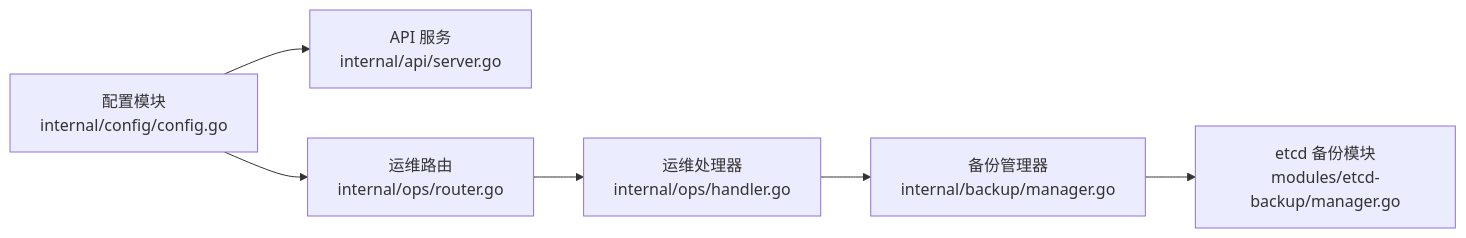
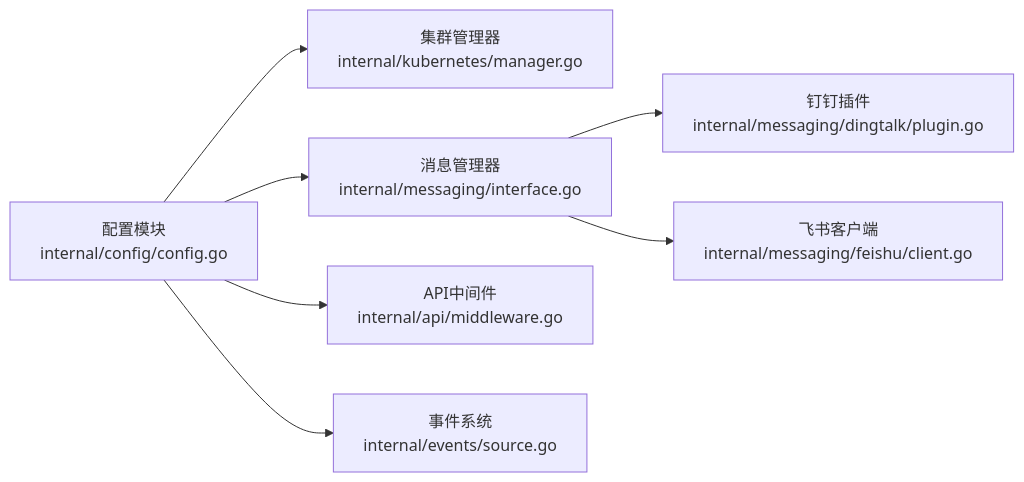
Before and after one commit to kudig-io/klaw: the fourth of 4 diagrams in .qoder/repowiki/zh/content/安装部署/配置管理.md, drawn with Mermaid. The commit also changed other lines of this file and 245 other files, not shown here.

````diff
--- a/.qoder/repowiki/zh/content/安装部署/配置管理.md
+++ b/.qoder/repowiki/zh/content/安装部署/配置管理.md
@@ -267,8 +332,9 @@
 ```mermaid
 graph LR
-Config["配置模块<br/>internal/config/config.go"] --> API["API 服务<br/>internal/api/server.go"]
-Config --> OpsRouter["运维路由<br/>internal/ops/router.go"]
-OpsRouter --> OpsHandler["运维处理器<br/>internal/ops/handler.go"]
-OpsHandler --> BackupMgr["备份管理器<br/>internal/backup/manager.go"]
-BackupMgr --> EtcdMgr["etcd 备份模块<br/>modules/etcd-backup/manager.go"]
+Config["配置模块<br/>internal/config/config.go"] --> ClusterMgr["集群管理器<br/>internal/kubernetes/manager.go"]
+Config --> MsgMgr["消息管理器<br/>internal/messaging/interface.go"]
+Config --> APIMW["API中间件<br/>internal/api/middleware.go"]
+Config --> EventSys["事件系统<br/>internal/events/source.go"]
+MsgMgr --> DingTalk["钉钉插件<br/>internal/messaging/dingtalk/plugin.go"]
+MsgMgr --> Feishu["飞书客户端<br/>internal/messaging/feishu/client.go"]
 ```
````
